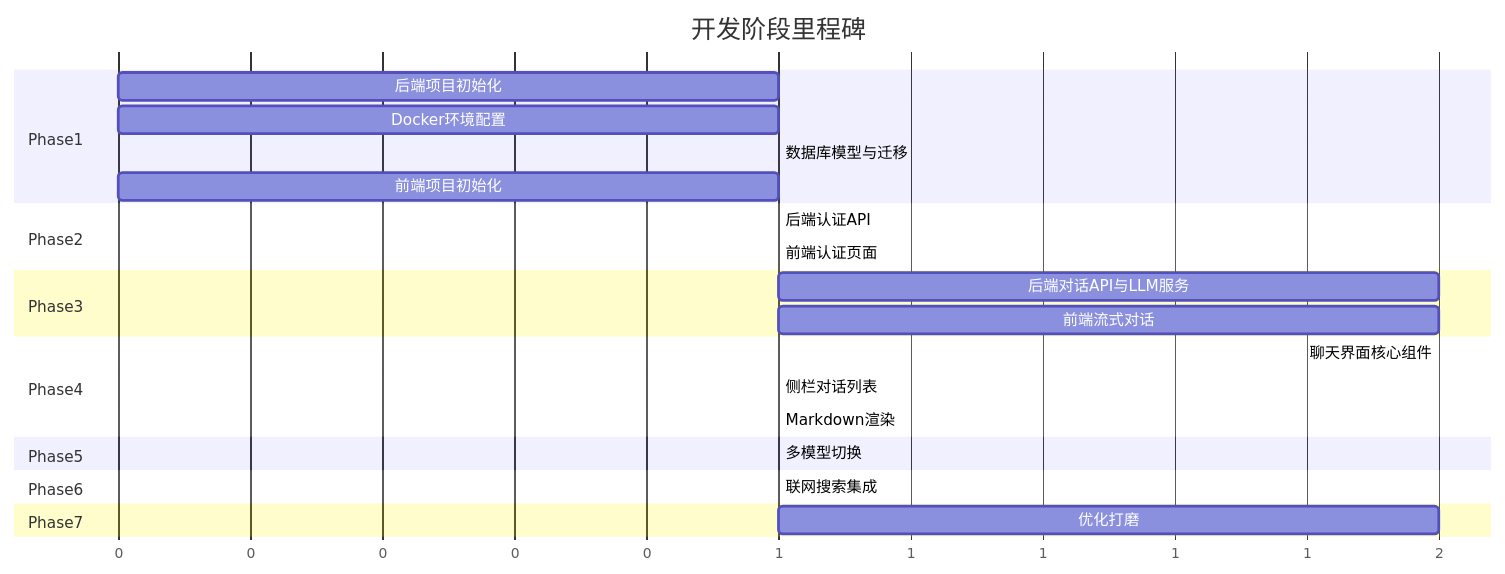
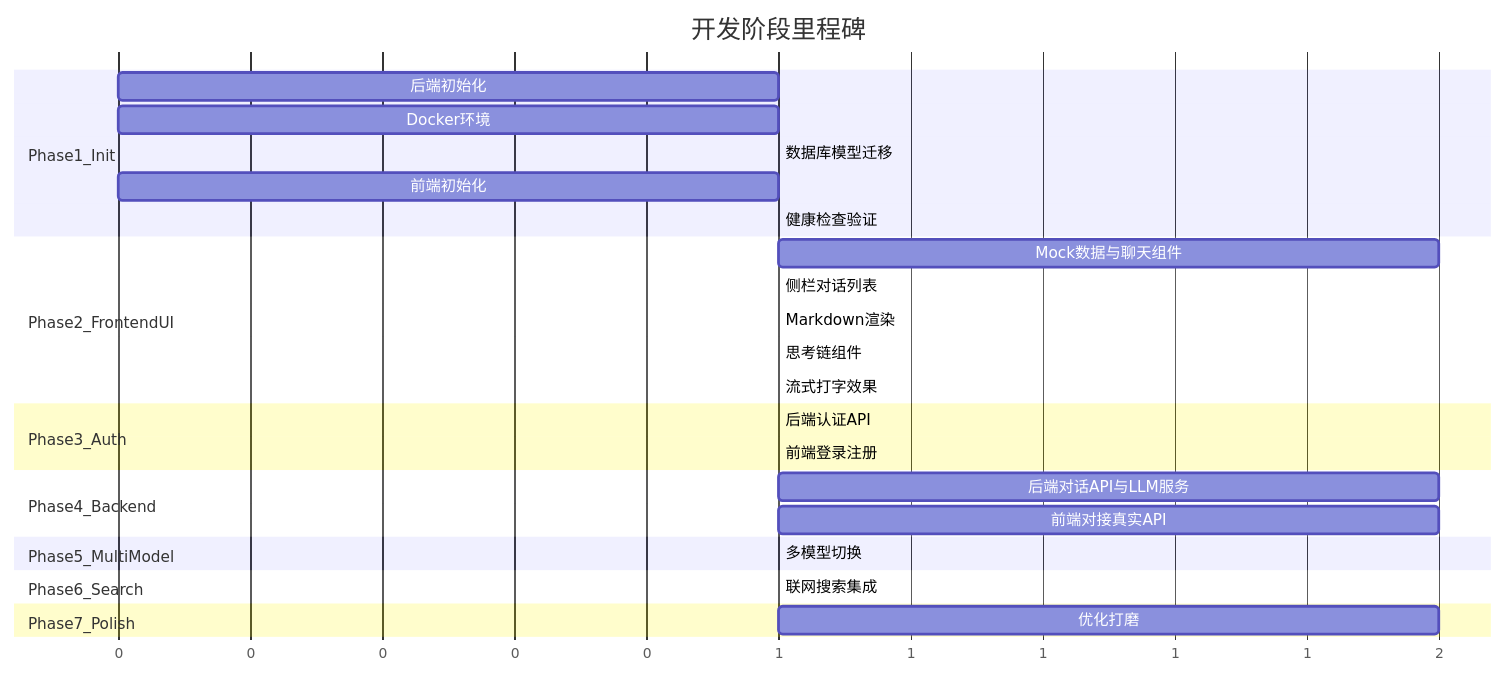
One commit to fanly93/chat_bot changed the third of 3 diagrams in .cursor/plans/chatbot_对话系统规划_f8d206bc.plan.md. Above: the diagram before and after it, drawn with Mermaid. The commit also changed other lines of this file and 33 other files, not shown here.

````diff
--- a/.cursor/plans/chatbot_对话系统规划_f8d206bc.plan.md
+++ b/.cursor/plans/chatbot_对话系统规划_f8d206bc.plan.md
@@ -476,34 +585,37 @@
 ```mermaid
 gantt
     title 开发阶段里程碑
     dateFormat X
     axisFormat %s
 
-    section Phase1
-    后端项目初始化          :p1a, 0, 1
-    Docker环境配置          :p1b, 0, 1
-    数据库模型与迁移        :p1c, after p1a, 1
-    前端项目初始化          :p1d, 0, 1
+    section Phase1_Init
+    后端初始化              :p1a, 0, 1
+    Docker环境              :p1b, 0, 1
+    数据库模型迁移          :p1c, after p1a, 1
+    前端初始化              :p1d, 0, 1
+    健康检查验证            :p1e, after p1c, 1
 
-    section Phase2
-    后端认证API             :p2a, after p1c, 1
-    前端认证页面            :p2b, after p1d, 1
+    section Phase2_FrontendUI
+    Mock数据与聊天组件      :p2a, after p1e, 2
+    侧栏对话列表            :p2b, after p1e, 1
+    Markdown渲染            :p2c, after p2a, 1
+    思考链组件              :p2d, after p2a, 1
+    流式打字效果            :p2e, after p2c, 1
 
-    section Phase3
-    后端对话API与LLM服务    :p3a, after p2a, 2
-    前端流式对话            :p3b, after p2b, 2
+    section Phase3_Auth
+    后端认证API             :p3a, after p2e, 1
+    前端登录注册            :p3b, after p2e, 1
 
-    section Phase4
-    聊天界面核心组件        :p4a, after p3b, 2
-    侧栏对话列表            :p4b, after p3b, 1
-    Markdown渲染            :p4c, after p4a, 1
+    section Phase4_Backend
+    后端对话API与LLM服务    :p4a, after p3a, 2
+    前端对接真实API         :p4b, after p3b, 2
 
-    section Phase5
-    多模型切换              :p5, after p4c, 1
+    section Phase5_MultiModel
+    多模型切换              :p5, after p4b, 1
 
-    section Phase6
+    section Phase6_Search
     联网搜索集成            :p6, after p5, 1
 
-    section Phase7
+    section Phase7_Polish
     优化打磨                :p7, after p6, 2
 ```
````
